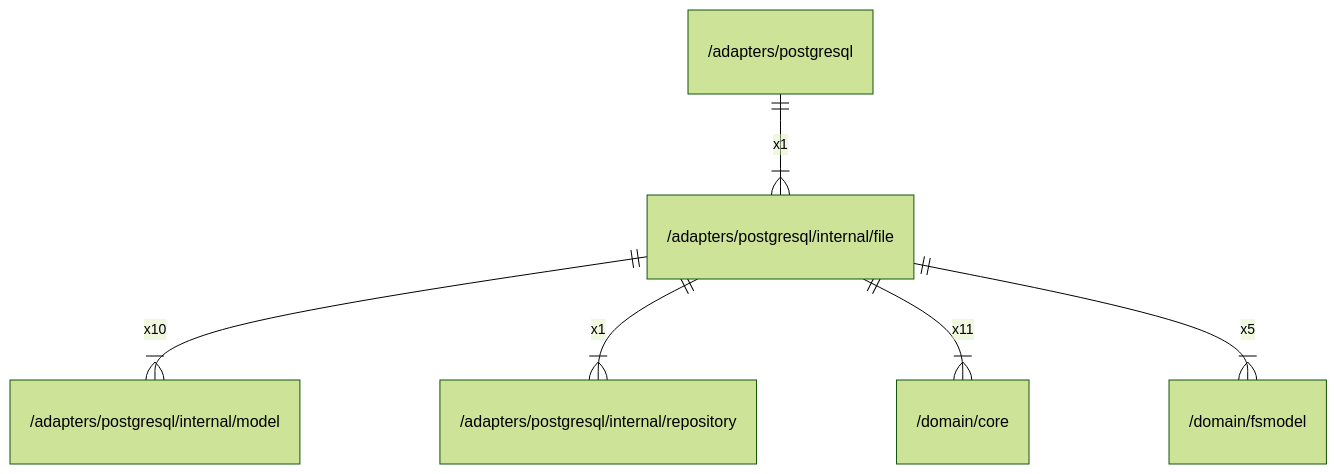
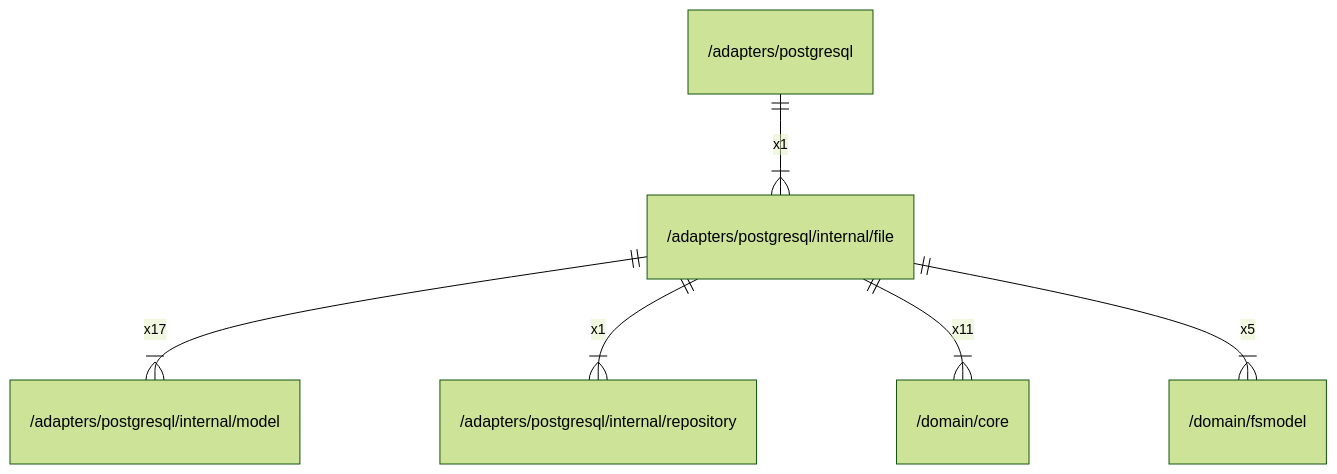
Before and after one commit to gbh007/hgraber-next: the diagram in docs/arch/adapters/postgresql/internal/file.md, drawn with Mermaid (forest theme). The commit also changed other lines of this file and 98 other files, not shown here.

````diff
--- a/docs/arch/adapters/postgresql/internal/file.md
+++ b/docs/arch/adapters/postgresql/internal/file.md
@@ -26,8 +37,8 @@
 ```mermaid
 erDiagram
     "/adapters/postgresql" ||--|{ "/adapters/postgresql/internal/file" : x1
-    "/adapters/postgresql/internal/file" ||--|{ "/adapters/postgresql/internal/model" : x10
+    "/adapters/postgresql/internal/file" ||--|{ "/adapters/postgresql/internal/model" : x17
     "/adapters/postgresql/internal/file" ||--|{ "/adapters/postgresql/internal/repository" : x1
     "/adapters/postgresql/internal/file" ||--|{ "/domain/core" : x11
     "/adapters/postgresql/internal/file" ||--|{ "/domain/fsmodel" : x5
 ```
````
